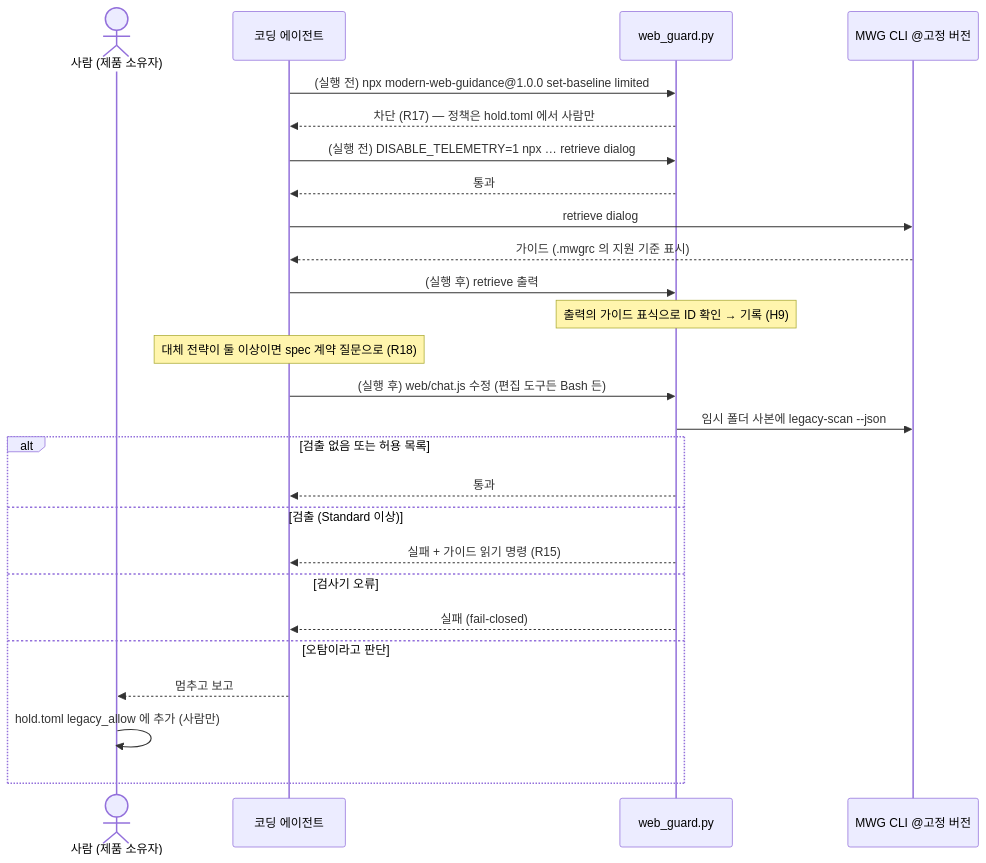
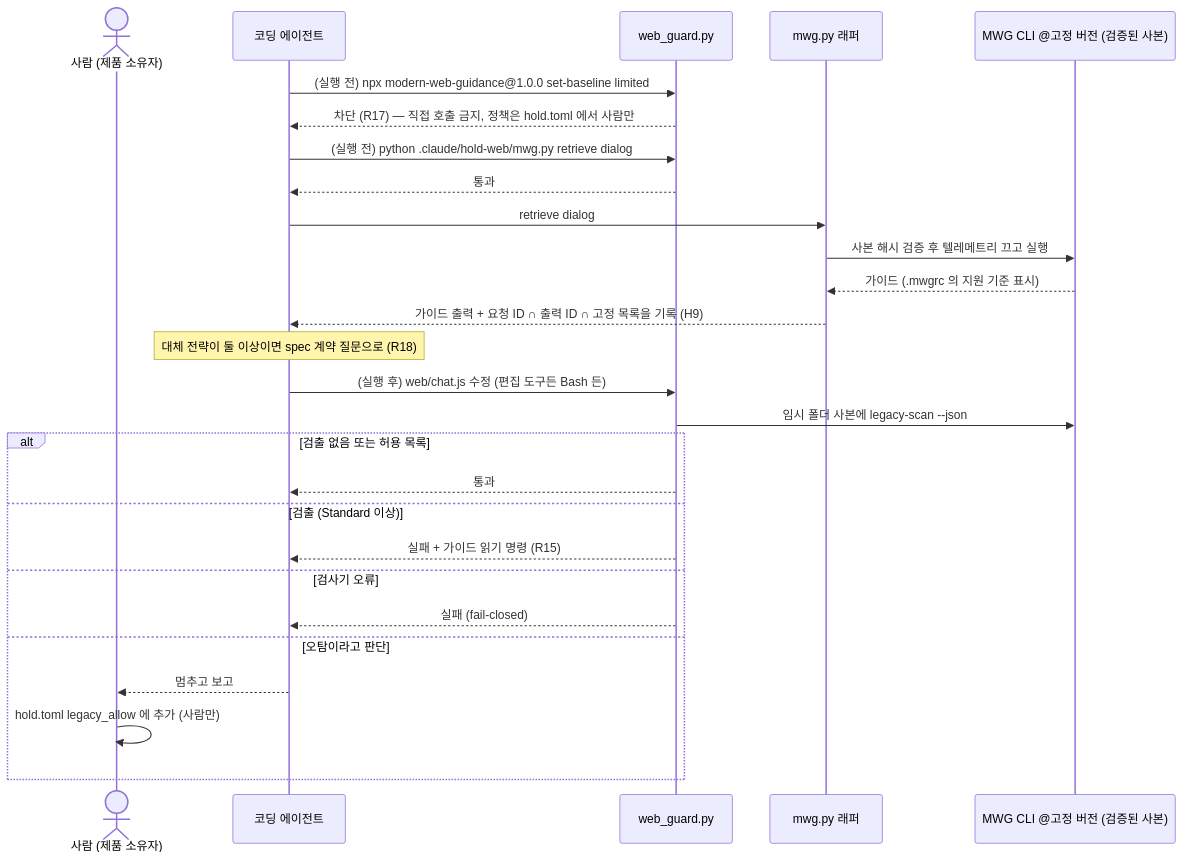
The diagram in extensions/web/README.md (datainworld/hold-method), drawn with Mermaid before and after one commit. The commit also changed other lines of this file and 12 other files, not shown here.

First line of the commit message:
web-0.1: 2차 리뷰 반영 — 검증된 사본·래퍼, 보호 경로 강화, 지속 스냅샷, 문서 정합

````diff
--- a/extensions/web/README.md
+++ b/extensions/web/README.md
@@ -220,28 +261,29 @@
 ```mermaid
 sequenceDiagram
     actor H as 사람 (제품 소유자)
     participant A as 코딩 에이전트
     participant G as web_guard.py
-    participant M as MWG CLI @고정 버전
+    participant W as mwg.py 래퍼
+    participant M as MWG CLI @고정 버전 (검증된 사본)
     A->>G: (실행 전) npx modern-web-guidance@1.0.0 set-baseline limited
-    G-->>A: 차단 (R17) — 정책은 hold.toml 에서 사람만
-    A->>G: (실행 전) DISABLE_TELEMETRY=1 npx … retrieve dialog
+    G-->>A: 차단 (R17) — 직접 호출 금지, 정책은 hold.toml 에서 사람만
+    A->>G: (실행 전) python .claude/hold-web/mwg.py retrieve dialog
     G-->>A: 통과
-    A->>M: retrieve dialog
-    M-->>A: 가이드 (.mwgrc 의 지원 기준 표시)
-    A->>G: (실행 후) retrieve 출력
-    Note over G: 출력의 가이드 표식으로 ID 확인 → 기록 (H9)
+    A->>W: retrieve dialog
+    W->>M: 사본 해시 검증 후 텔레메트리 끄고 실행
+    M-->>W: 가이드 (.mwgrc 의 지원 기준 표시)
+    W-->>A: 가이드 출력 + 요청 ID ∩ 출력 ID ∩ 고정 목록을 기록 (H9)
     Note over A: 대체 전략이 둘 이상이면 spec 계약 질문으로 (R18)
     A->>G: (실행 후) web/chat.js 수정 (편집 도구든 Bash 든)
     G->>M: 임시 폴더 사본에 legacy-scan --json
     alt 검출 없음 또는 허용 목록
         G-->>A: 통과
     else 검출 (Standard 이상)
         G-->>A: 실패 + 가이드 읽기 명령 (R15)
     else 검사기 오류
         G-->>A: 실패 (fail-closed)
     else 오탐이라고 판단
         A-->>H: 멈추고 보고
         H->>H: hold.toml legacy_allow 에 추가 (사람만)
     end
 ```
````
